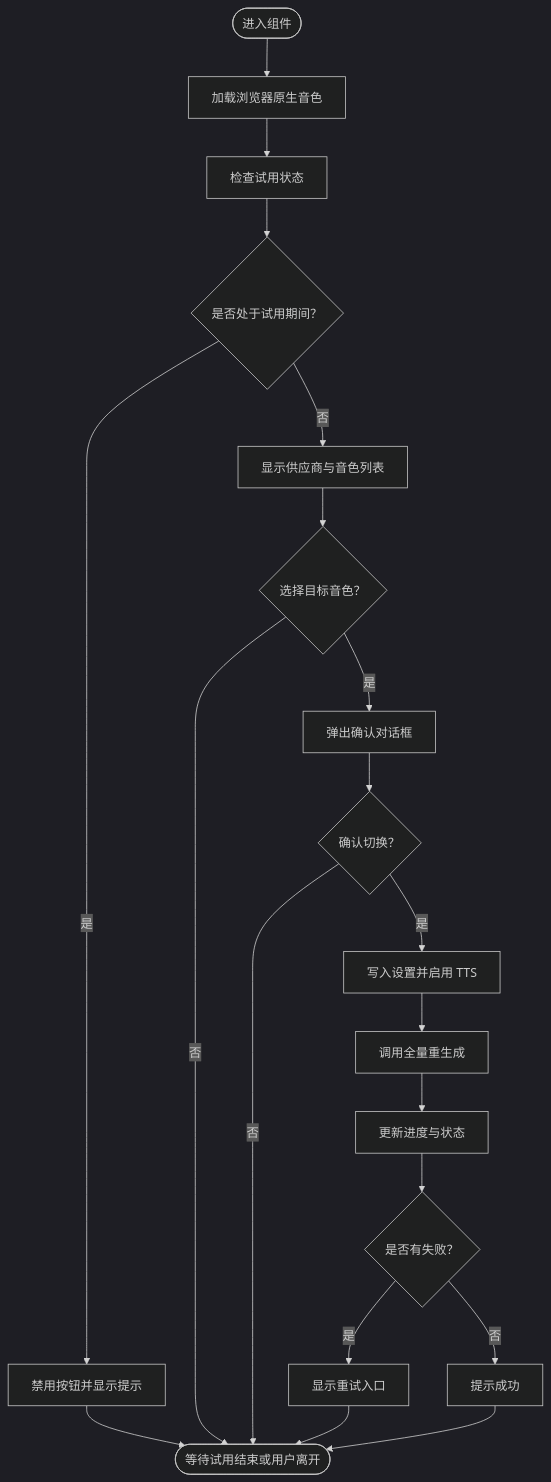
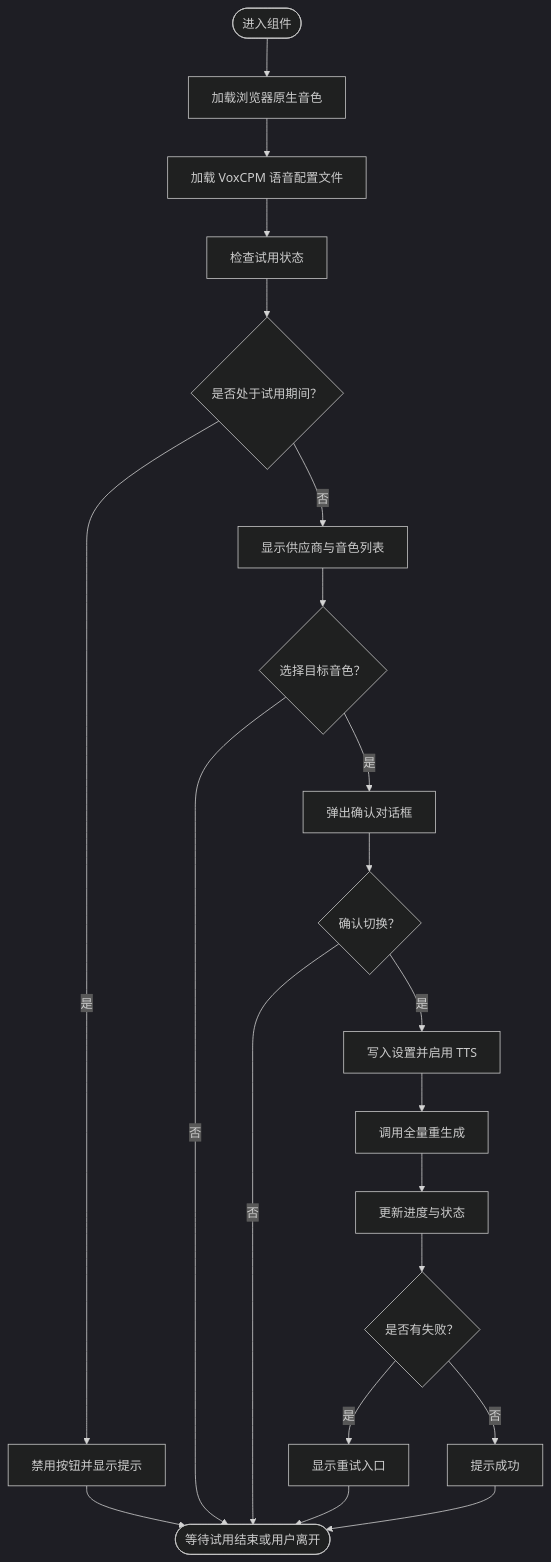
The fifth of 12 diagrams in .qoder/repowiki/zh/content/UI 组件系统/课堂播放组件/导师语音切换器组件.md (huangboheng/OpenMAIC), drawn with Mermaid (dark theme) before and after one commit. The commit also changed other lines of this file and 13 other files, not shown here.

````diff
--- a/.qoder/repowiki/zh/content/UI 组件系统/课堂播放组件/导师语音切换器组件.md
+++ b/.qoder/repowiki/zh/content/UI 组件系统/课堂播放组件/导师语音切换器组件.md
@@ -364,22 +400,23 @@
 ```mermaid
 flowchart TD
 Start(["进入组件"]) --> LoadVoices["加载浏览器原生音色"]
-LoadVoices --> CheckTrial["检查试用状态"]
+LoadVoices --> LoadVoxCPM["加载 VoxCPM 语音配置文件"]
+LoadVoxCPM --> CheckTrial["检查试用状态"]
 CheckTrial --> IsTrial{"是否处于试用期间？"}
 IsTrial --> |是| DisableButton["禁用按钮并显示提示"]
 IsTrial --> |否| ShowPopover["显示供应商与音色列表"]
 DisableButton --> Wait(["等待试用结束或用户离开"])
 ShowPopover --> SelectVoice{"选择目标音色？"}
 SelectVoice --> |否| Wait
 SelectVoice --> |是| ConfirmDialog["弹出确认对话框"]
 ConfirmDialog --> Confirm{"确认切换？"}
 Confirm --> |否| Wait
 Confirm --> |是| Apply["写入设置并启用 TTS"]
 Apply --> Regen["调用全量重生成"]
 Regen --> Progress["更新进度与状态"]
 Progress --> Result{"是否有失败？"}
 Result --> |是| Retry["显示重试入口"]
 Result --> |否| Success["提示成功"]
 Retry --> Wait
 Success --> Wait
 ```
````
